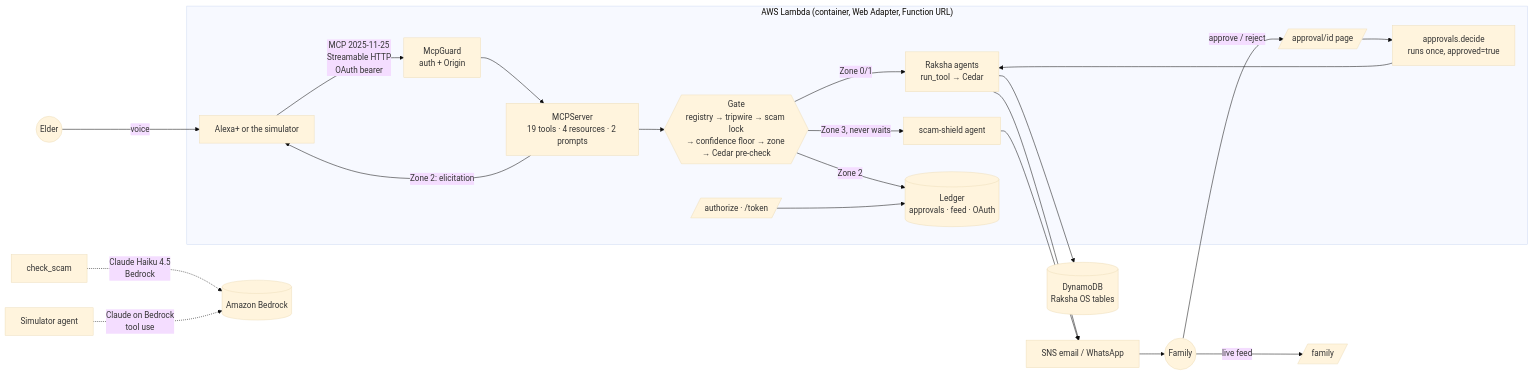
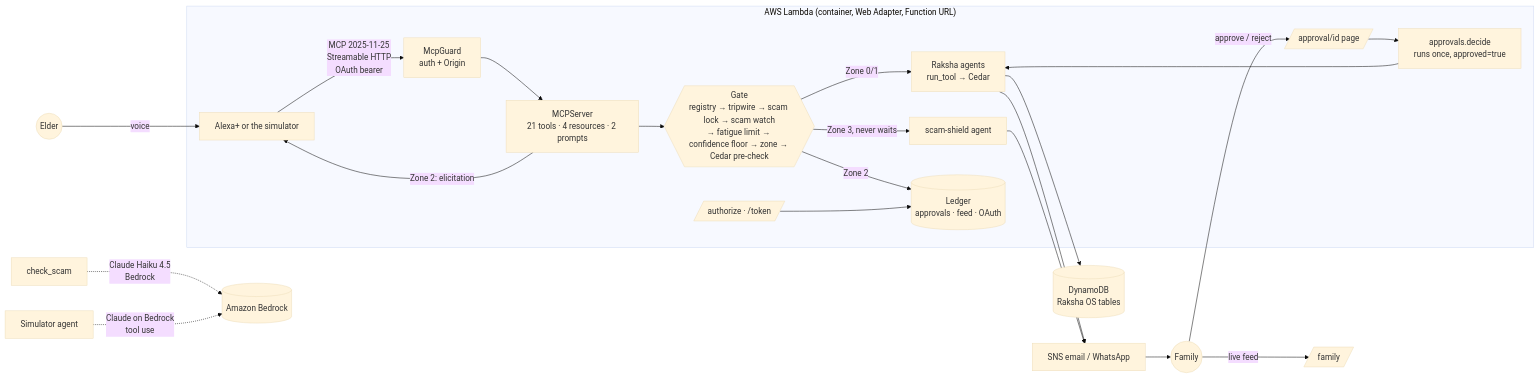
One commit to Aakashdeeeep/MCP changed the diagram in docs/ARCHITECTURE.md. Above: the diagram before and after it, drawn with Mermaid (base theme). The commit also changed 28 other files, not shown here.

````diff
--- a/docs/ARCHITECTURE.md
+++ b/docs/ARCHITECTURE.md
@@ -3,23 +3,23 @@
 ```mermaid
 flowchart LR
     Elder((Elder)) -- voice --> Alexa[Alexa+ or the simulator]
     Alexa -- "MCP 2025-11-25<br/>Streamable HTTP<br/>OAuth bearer" --> Guard
 
     subgraph Lambda["AWS Lambda (container, Web Adapter, Function URL)"]
-        Guard[McpGuard<br/>auth + Origin] --> MCP[MCPServer<br/>19 tools · 4 resources · 2 prompts]
+        Guard[McpGuard<br/>auth + Origin] --> MCP[MCPServer<br/>21 tools · 4 resources · 2 prompts]
         MCP -- "Zone 2: elicitation" --> Alexa
-        MCP --> Gate{{Gate<br/>registry → tripwire → scam lock<br/>→ confidence floor → zone → Cedar pre-check}}
+        MCP --> Gate{{Gate<br/>registry → tripwire → scam lock → scam watch<br/>→ fatigue limit → confidence floor → zone → Cedar pre-check}}
         Gate -- "Zone 0/1" --> Agents[Raksha agents<br/>run_tool → Cedar]
         Gate -- "Zone 3, never waits" --> Shield[scam-shield agent]
         Gate -- "Zone 2" --> Ledger[(Ledger<br/>approvals · feed · OAuth)]
         Approve[/approval/id page/] --> Approvals[approvals.decide<br/>runs once, approved=true] --> Agents
         Link[/authorize · /token/] --> Ledger
     end
 
     Agents --> Tables[(DynamoDB<br/>Raksha OS tables)]
     Agents & Shield --> SNS[SNS email / WhatsApp] --> Family((Family))
     Family -- approve / reject --> Approve
     Family -- live feed --> Feed[/family/]
     Voice[check_scam] -. "Claude Haiku 4.5<br/>Bedrock" .-> Bedrock[(Amazon Bedrock)]
     Sim[Simulator agent] -. "Claude on Bedrock<br/>tool use" .-> Bedrock
 ```
````
